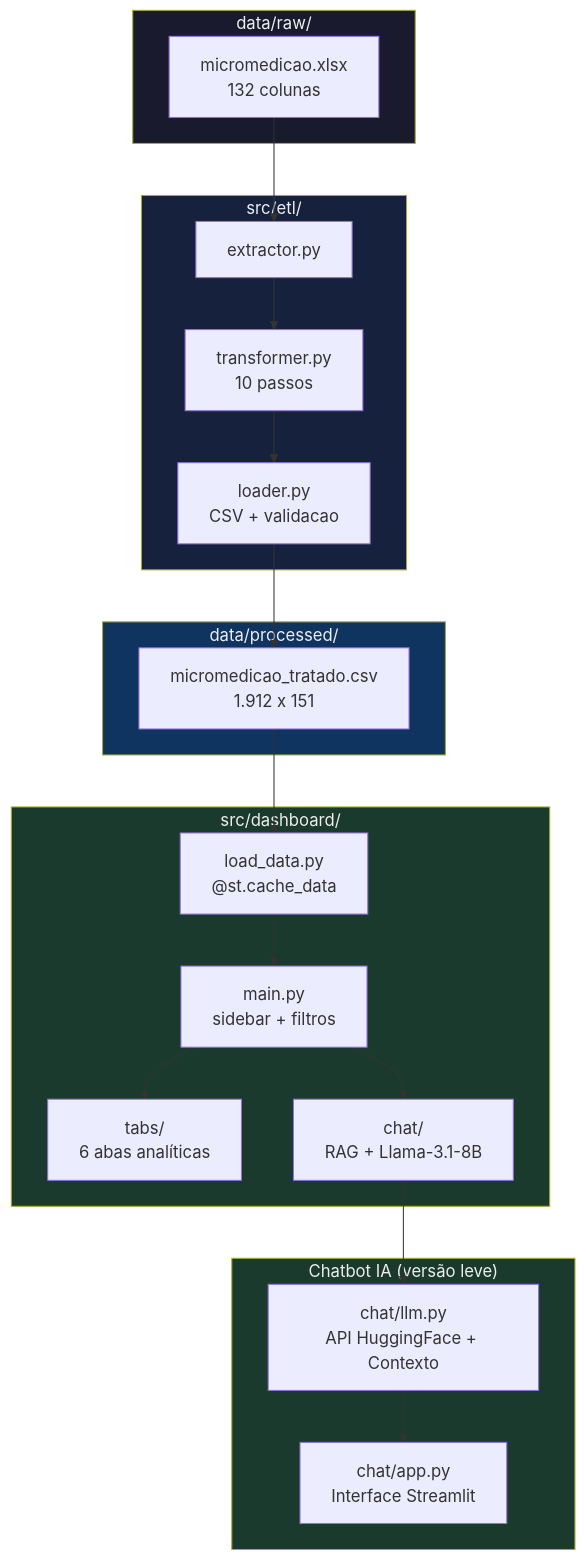
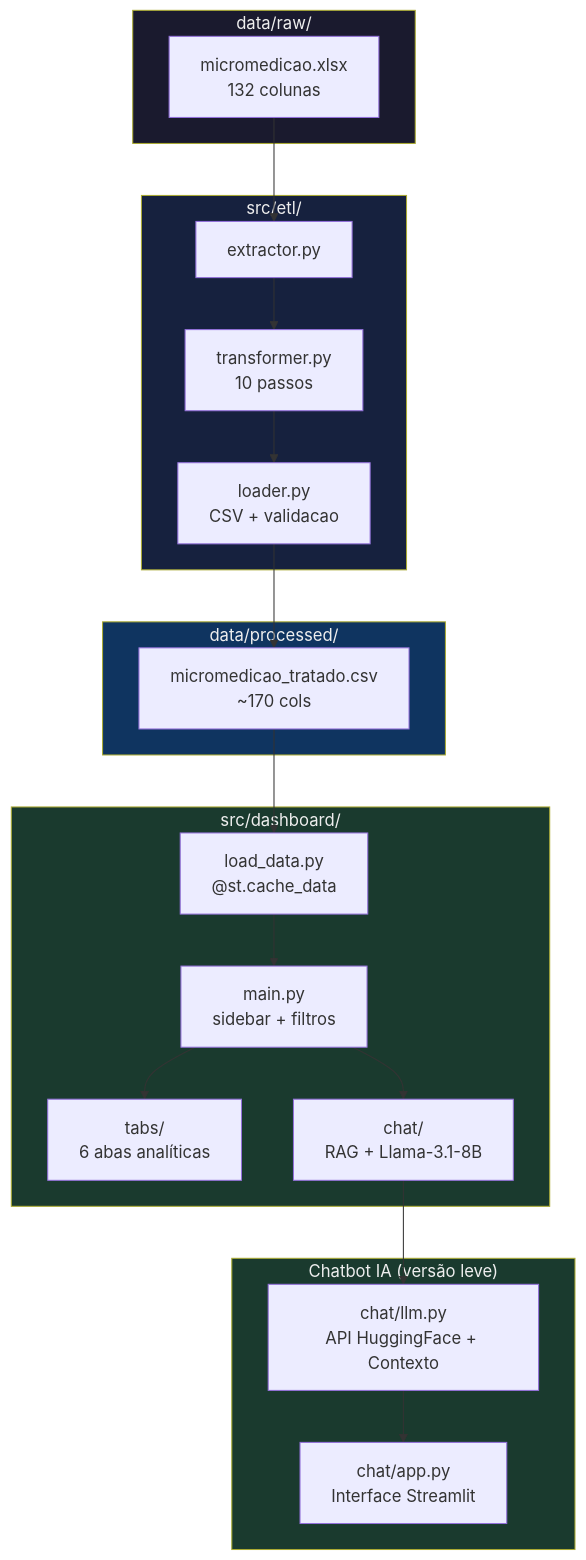
One commit to cavalcanteprofissional/sanova-micromedicao-dashboard changed the first of 9 diagrams in README.md. Above: the diagram before and after it, drawn with Mermaid. The commit also changed other lines of this file and 9 other files, not shown here.

````diff
--- a/README.md
+++ b/README.md
@@ -37,40 +37,40 @@
 ```mermaid
 flowchart TD
     subgraph RAW["data/raw/"]
         A["micromedicao.xlsx\n132 colunas"]
     end
 
     subgraph ETL["src/etl/"]
         B["extractor.py"]
         C["transformer.py\n10 passos"]
         D["loader.py\nCSV + validacao"]
     end
 
     subgraph PROCESSED["data/processed/"]
-        E["micromedicao_tratado.csv\n1.912 x 151"]
+        E["micromedicao_tratado.csv\n~170 cols"]
     end
 
     subgraph DASHBOARD["src/dashboard/"]
         F["load_data.py\n@st.cache_data"]
         G["main.py\nsidebar + filtros"]
         H["tabs/\n6 abas analíticas"]
         I["chat/\nRAG + Llama-3.1-8B"]
     end
 
     subgraph CHATBOT["Chatbot IA (versão leve)"]
         J["chat/llm.py\nAPI HuggingFace + Contexto"]
         K["chat/app.py\nInterface Streamlit"]
     end
 
     A --> B --> C --> D --> E
     E --> F --> G
     G --> H
     G --> I
     I --> J --> K
 
     style RAW fill:#1a1a2e,color:#eee
     style ETL fill:#16213e,color:#eee
     style PROCESSED fill:#0f3460,color:#eee
     style DASHBOARD fill:#1a3a2e,color:#eee
     style CHATBOT fill:#1a3a2e,color:#eee
 ```
````
